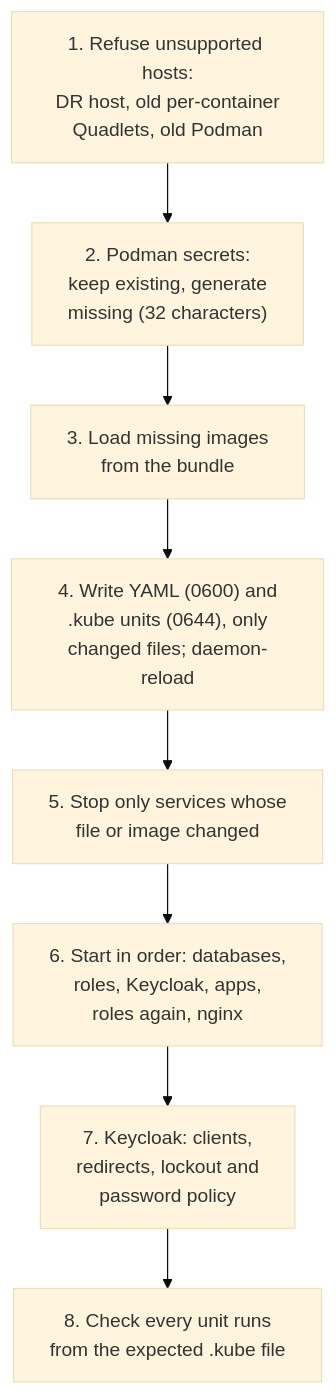
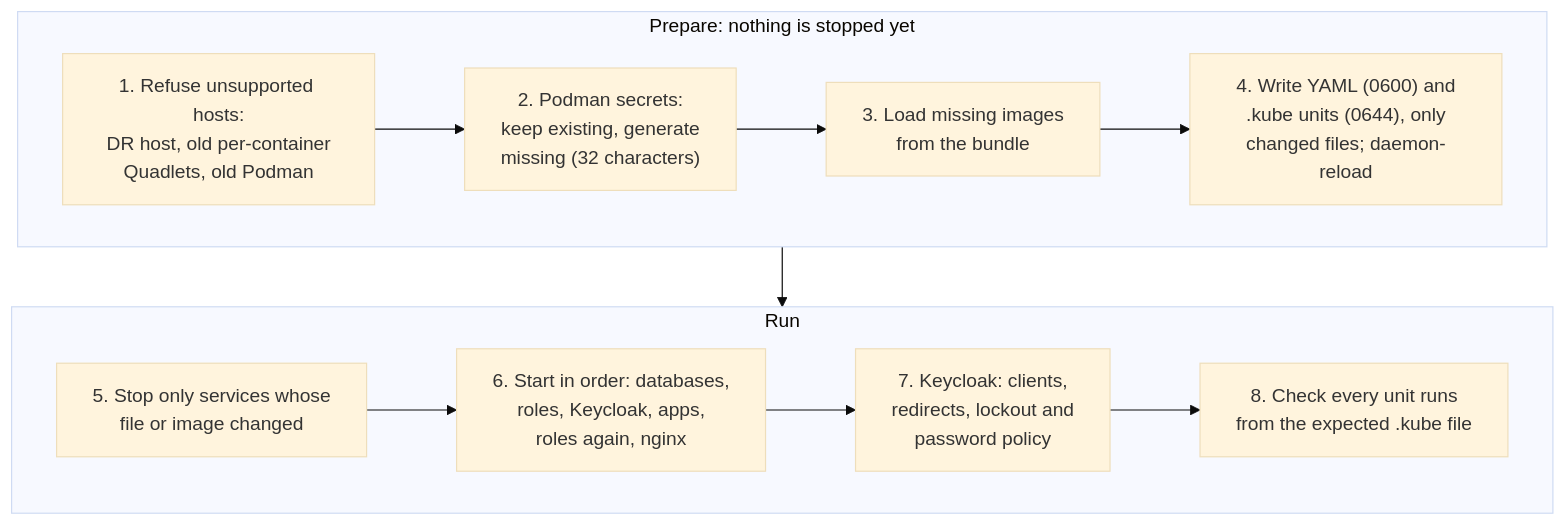
The third of 3 diagrams in docs/INSTALL-PICTURE.md (gunstein/podman_test), drawn with Mermaid (base theme) before and after one commit. The commit also changed other lines of this file, not shown here.

Commit message:
Install picture: wider diagrams that fit on one A4 page
The build diagram no longer groups the sources in a tall column, and the
installer's eight steps run in two rows: prepare, then run.

Claude-Session: https://claude.ai/code/session_01R8eXzjtDmNhhS3Jn5SdW76

````diff
--- a/docs/INSTALL-PICTURE.md
+++ b/docs/INSTALL-PICTURE.md
@@ -47,10 +44,16 @@
 ```mermaid
 flowchart TB
-  s1["1. Refuse unsupported hosts:<br>DR host, old per-container<br>Quadlets, old Podman"] --> s2["2. Podman secrets:<br>keep existing, generate<br>missing (32 characters)"]
-  s2 --> s3["3. Load missing images<br>from the bundle"]
-  s3 --> s4["4. Write YAML (0600) and<br>.kube units (0644), only<br>changed files; daemon-reload"]
-  s4 --> s5["5. Stop only services whose<br>file or image changed"]
-  s5 --> s6["6. Start in order: databases,<br>roles, Keycloak, apps,<br>roles again, nginx"]
-  s6 --> s7["7. Keycloak: clients,<br>redirects, lockout and<br>password policy"]
-  s7 --> s8["8. Check every unit runs<br>from the expected .kube file"]
+  subgraph PREP["Prepare: nothing is stopped yet"]
+    direction LR
+    s1["1. Refuse unsupported hosts:<br>DR host, old per-container<br>Quadlets, old Podman"] --> s2["2. Podman secrets:<br>keep existing, generate<br>missing (32 characters)"]
+    s2 --> s3["3. Load missing images<br>from the bundle"]
+    s3 --> s4["4. Write YAML (0600) and<br>.kube units (0644), only<br>changed files; daemon-reload"]
+  end
+  subgraph RUN["Run"]
+    direction LR
+    s5["5. Stop only services whose<br>file or image changed"] --> s6["6. Start in order: databases,<br>roles, Keycloak, apps,<br>roles again, nginx"]
+    s6 --> s7["7. Keycloak: clients,<br>redirects, lockout and<br>password policy"]
+    s7 --> s8["8. Check every unit runs<br>from the expected .kube file"]
+  end
+  PREP --> RUN
 ```
````
